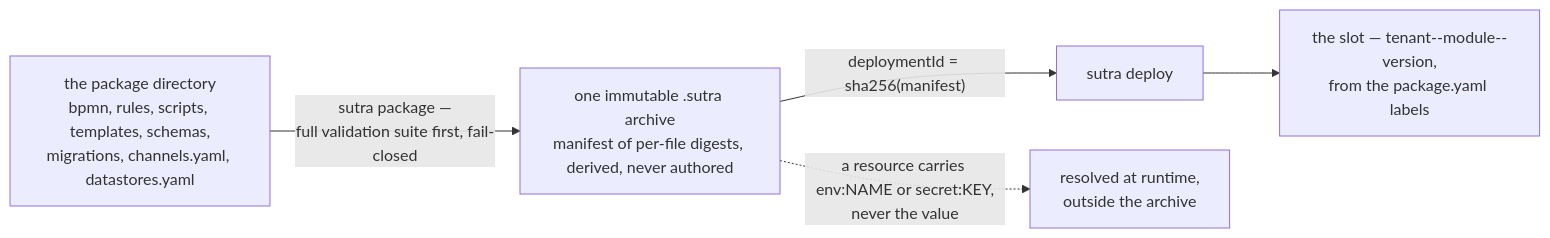
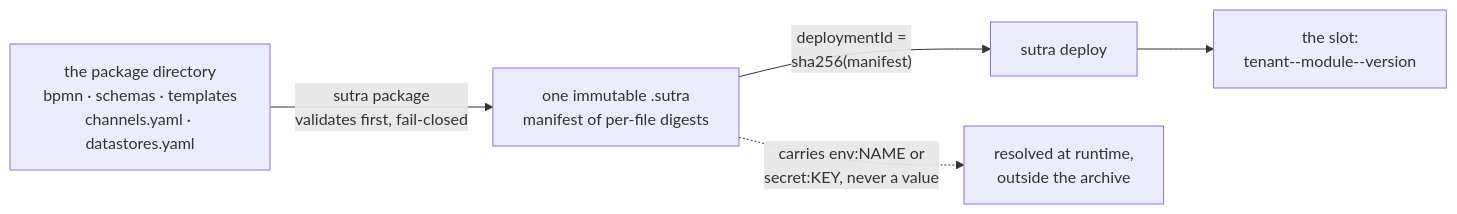
Before and after one commit to startr-trade/sutra: the first of 2 diagrams in docs/src/building/deployment-packages.md, drawn with Mermaid. The commit also changed 18 other files, not shown here.

Commit message:
(docs) Update to the documentation diagrams

````diff
--- a/docs/src/building/deployment-packages.md
+++ b/docs/src/building/deployment-packages.md
@@ -11,8 +11,8 @@
 ```mermaid
 flowchart LR
-    DIR["the package directory<br/>bpmn, rules, scripts, templates, schemas,<br/>migrations, channels.yaml, datastores.yaml"]
-    DIR -->|"sutra package —<br/>full validation suite first, fail-closed"| AR["one immutable .sutra archive<br/>manifest of per-file digests, derived, never authored"]
-    AR -->|"deploymentId = sha256(manifest)"| DEP["sutra deploy"]
-    DEP --> SLOT["the slot — tenant--module--version,<br/>from the package.yaml labels"]
-    AR -.->|"a resource carries env:NAME or secret:KEY,<br/>never the value"| SEC["resolved at runtime,<br/>outside the archive"]
+    DIR["the package directory<br/>bpmn · schemas · templates<br/>channels.yaml · datastores.yaml"]
+    DIR -->|"sutra package<br/>validates first, fail-closed"| AR["one immutable .sutra<br/>manifest of per-file digests"]
+    AR -->|"deploymentId =<br/>sha256(manifest)"| DEP["sutra deploy"]
+    DEP --> SLOT["the slot:<br/>tenant--module--version"]
+    AR -.->|"carries env:NAME or<br/>secret:KEY, never a value"| SEC["resolved at runtime,<br/>outside the archive"]
 ```
````
